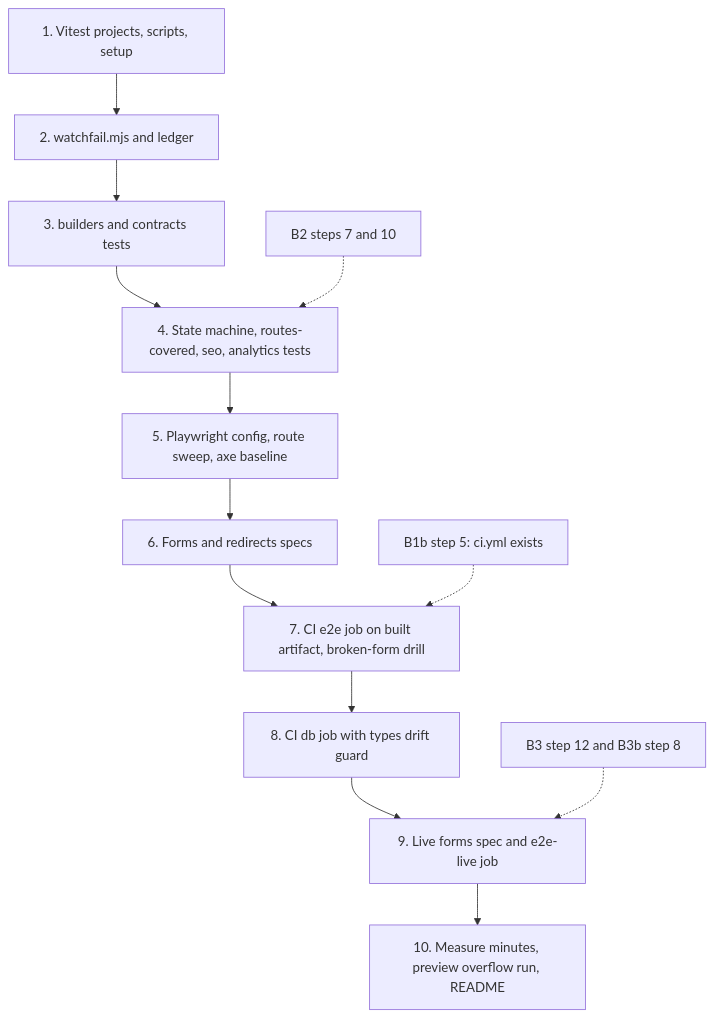
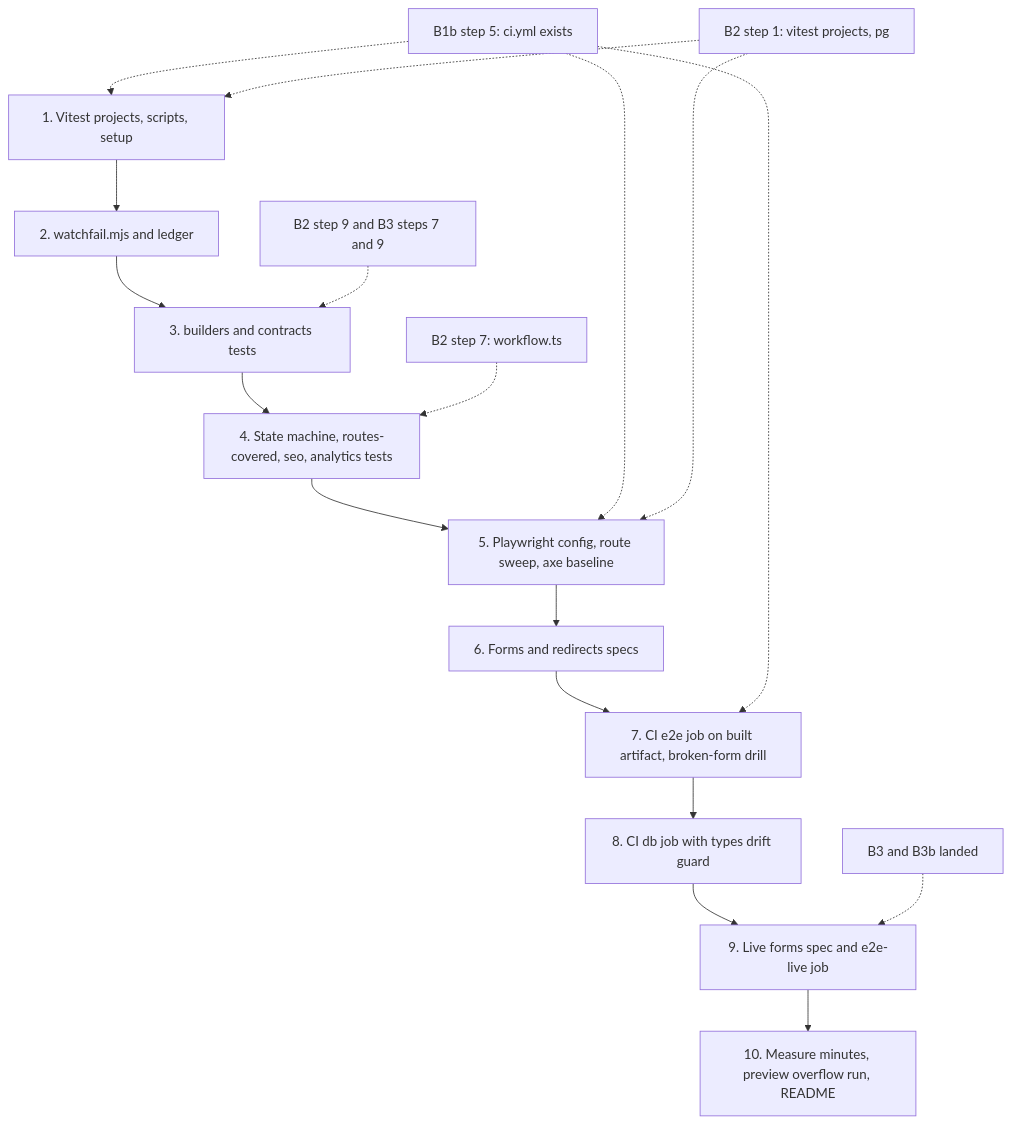
The fifth of 6 diagrams in workspace/03-diagrams/plans-a.md (AbdulrahmanAmer/matter-of-place), drawn with Mermaid before and after one commit. The commit also changed other lines of this file and 104 other files, not shown here.

First line of the commit message:
Traceability audit rounds 5 and 6; diagrams brought in line with the plans; rulings G58 to G65

````diff
--- a/workspace/03-diagrams/plans-a.md
+++ b/workspace/03-diagrams/plans-a.md
@@ -99,17 +102,19 @@
 ```mermaid
 flowchart TD
   d1["1. Vitest projects, scripts, setup"]
   d2["2. watchfail.mjs and ledger"]
   d3["3. builders and contracts tests"]
   d4["4. State machine, routes-covered, seo, analytics tests"]
   d5["5. Playwright config, route sweep, axe baseline"]
   d6["6. Forms and redirects specs"]
   d7["7. CI e2e job on built artifact, broken-form drill"]
   d8["8. CI db job with types drift guard"]
   d9["9. Live forms spec and e2e-live job"]
   d10["10. Measure minutes, preview overflow run, README"]
   d1 --> d2 --> d3 --> d4 --> d5 --> d6 --> d7 --> d8 --> d9 --> d10
-  b1b["B1b step 5: ci.yml exists"] -.-> d7
-  b2["B2 steps 7 and 10"] -.-> d4
-  b3["B3 step 12 and B3b step 8"] -.-> d9
+  b1b["B1b step 5: ci.yml exists"] -.-> d1 & d5 & d7
+  b2a["B2 step 1: vitest projects, pg"] -.-> d1 & d5
+  b2b["B2 step 9 and B3 steps 7 and 9"] -.-> d3
+  b2["B2 step 7: workflow.ts"] -.-> d4
+  b3["B3 and B3b landed"] -.-> d9
 ```
````
